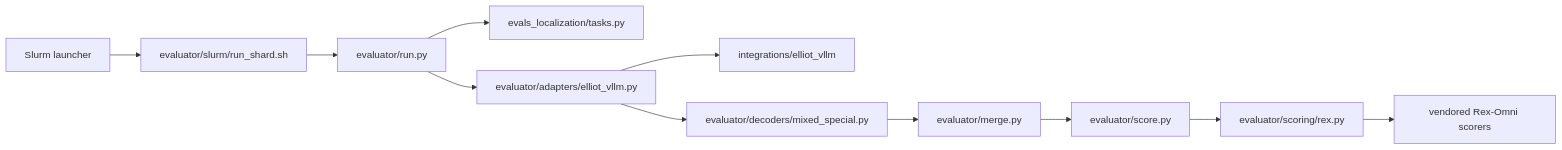
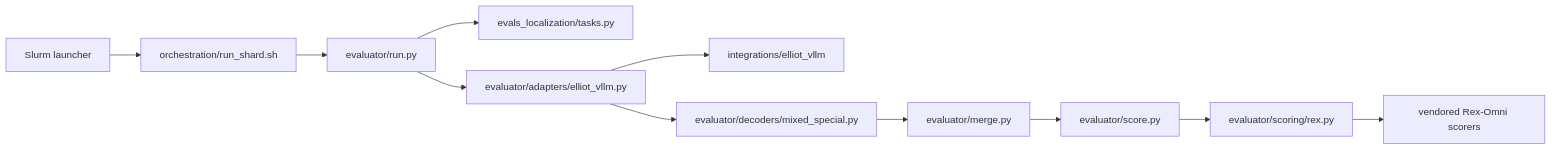
The diagram in README.md (oshapio/elliot-localization-eval), drawn with Mermaid before and after one commit. The commit also changed other lines of this file and 11 other files, not shown here.

First line of the commit message:
Move Slurm launchers into orchestration and prepare the Elliot smoke test (#2)

````diff
--- a/README.md
+++ b/README.md
@@ -10,13 +10,13 @@
 ```mermaid
 flowchart LR
-    JOB["Slurm launcher"] --> SHARD["evaluator/slurm/run_shard.sh"]
+    JOB["Slurm launcher"] --> SHARD["orchestration/run_shard.sh"]
     SHARD --> RUN["evaluator/run.py"]
     RUN --> PROMPT["evals_localization/tasks.py"]
     RUN --> ADAPTER["evaluator/adapters/elliot_vllm.py"]
     ADAPTER --> PLUGIN["integrations/elliot_vllm"]
     ADAPTER --> DECODER["evaluator/decoders/mixed_special.py"]
     DECODER --> MERGE["evaluator/merge.py"]
     MERGE --> SCORE["evaluator/score.py"]
     SCORE --> BRIDGE["evaluator/scoring/rex.py"]
     BRIDGE --> OFFICIAL["vendored Rex-Omni scorers"]
 ```
````
